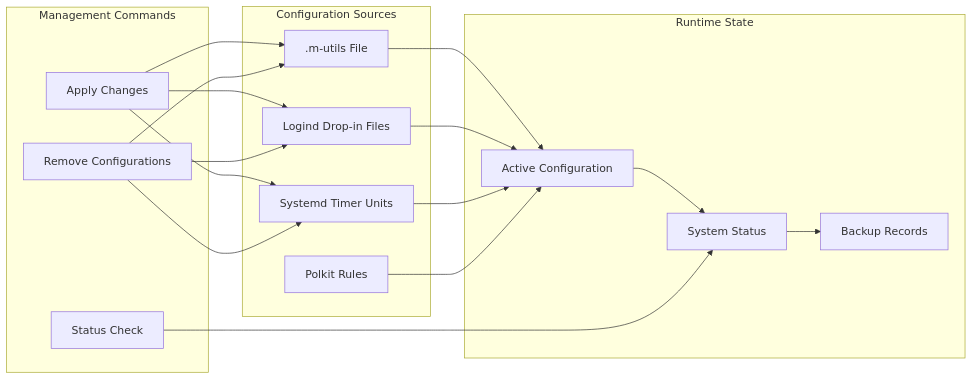
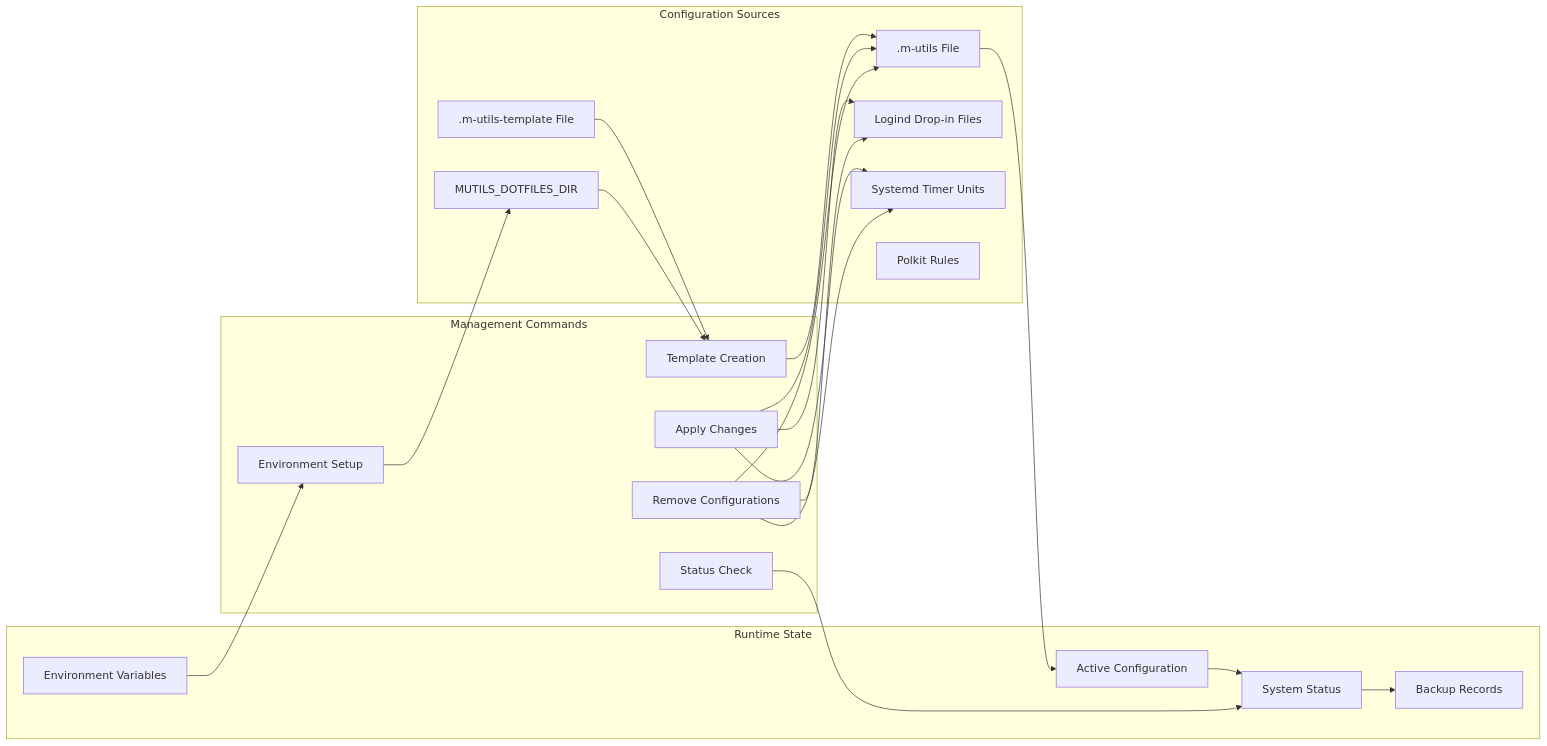
One commit to cr8ivecodesmith/dotfiles changed the sixth of 9 diagrams in .qoder/repowiki/en/content/System Integration/M-Utils System Management.md. Above: the diagram before and after it, drawn with Mermaid. The commit also changed other lines of this file, not shown here.

First line of the commit message:
feat(system): introduce template-based config and system-wide environment management

````diff
--- a/.qoder/repowiki/en/content/System Integration/M-Utils System Management.md
+++ b/.qoder/repowiki/en/content/System Integration/M-Utils System Management.md
@@ -326,32 +372,39 @@
 ```mermaid
 graph LR
 subgraph "Configuration Sources"
-A[.m-utils File]
-B[Logind Drop-in Files]
-C[Systemd Timer Units]
-D[Polkit Rules]
+A[.m-utils-template File]
+B[.m-utils File]
+C[Logind Drop-in Files]
+D[Systemd Timer Units]
+E[Polkit Rules]
+F[MUTILS_DOTFILES_DIR]
 end
 subgraph "Runtime State"
-E[Active Configuration]
-F[System Status]
-G[Backup Records]
+G[Active Configuration]
+H[System Status]
+I[Backup Records]
+J[Environment Variables]
 end
 subgraph "Management Commands"
-H[Status Check]
-I[Apply Changes]
-J[Remove Configurations]
+K[Status Check]
+L[Apply Changes]
+M[Remove Configurations]
+N[Template Creation]
+O[Environment Setup]
 end
-A --> E
-B --> E
-C --> E
-D --> E
-E --> F
-F --> G
-H --> F
-I --> A
-I --> B
-I --> C
-J --> A
-J --> B
-J --> C
+A --> N
+N --> B
+B --> G
+F --> N
+G --> H
+H --> I
+J --> O
+O --> F
+K --> H
+L --> B
+L --> C
+L --> D
+M --> B
+M --> C
+M --> D
 ```
````
